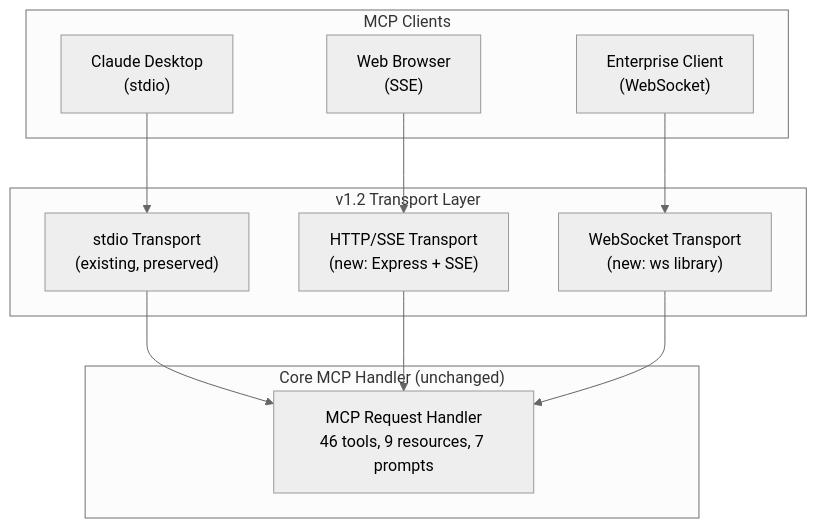
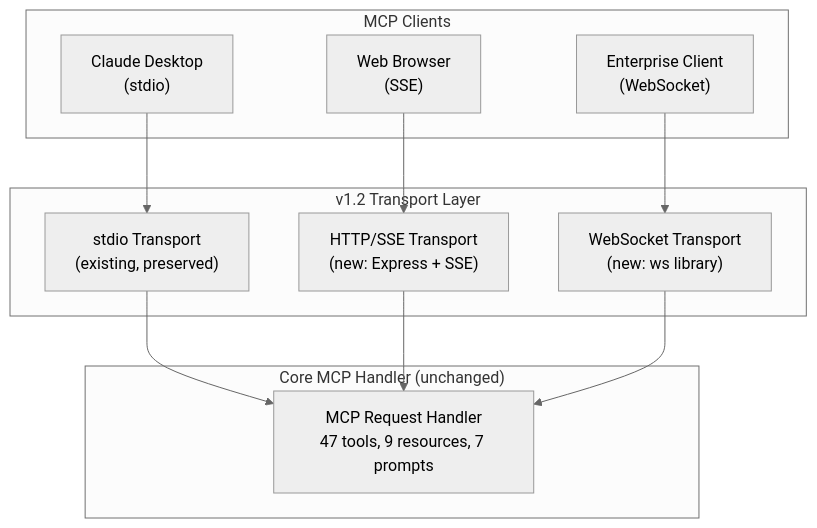
The third of 4 diagrams in FUTURE_ARCHITECTURE.md (Hack23/European-Parliament-MCP-Server), drawn with Mermaid (neutral theme) before and after one commit. The commit also changed other lines of this file and 13 other files, not shown here.

````diff
--- a/FUTURE_ARCHITECTURE.md
+++ b/FUTURE_ARCHITECTURE.md
@@ -146,25 +146,25 @@
 ```mermaid
 flowchart TD
     subgraph Transports["v1.2 Transport Layer"]
         STDIO["stdio Transport\n(existing, preserved)"]
         HTTP["HTTP/SSE Transport\n(new: Express + SSE)"]
         WS["WebSocket Transport\n(new: ws library)"]
     end
 
     subgraph Clients["MCP Clients"]
         LOCAL["Claude Desktop\n(stdio)"]
         WEB["Web Browser\n(SSE)"]
         ENT["Enterprise Client\n(WebSocket)"]
     end
 
     subgraph Core["Core MCP Handler (unchanged)"]
-        HANDLER["MCP Request Handler\n46 tools, 9 resources, 7 prompts"]
+        HANDLER["MCP Request Handler\n47 tools, 9 resources, 7 prompts"]
     end
 
     LOCAL --> STDIO
     WEB --> HTTP
     ENT --> WS
     STDIO --> HANDLER
     HTTP --> HANDLER
     WS --> HANDLER
 ```
````
